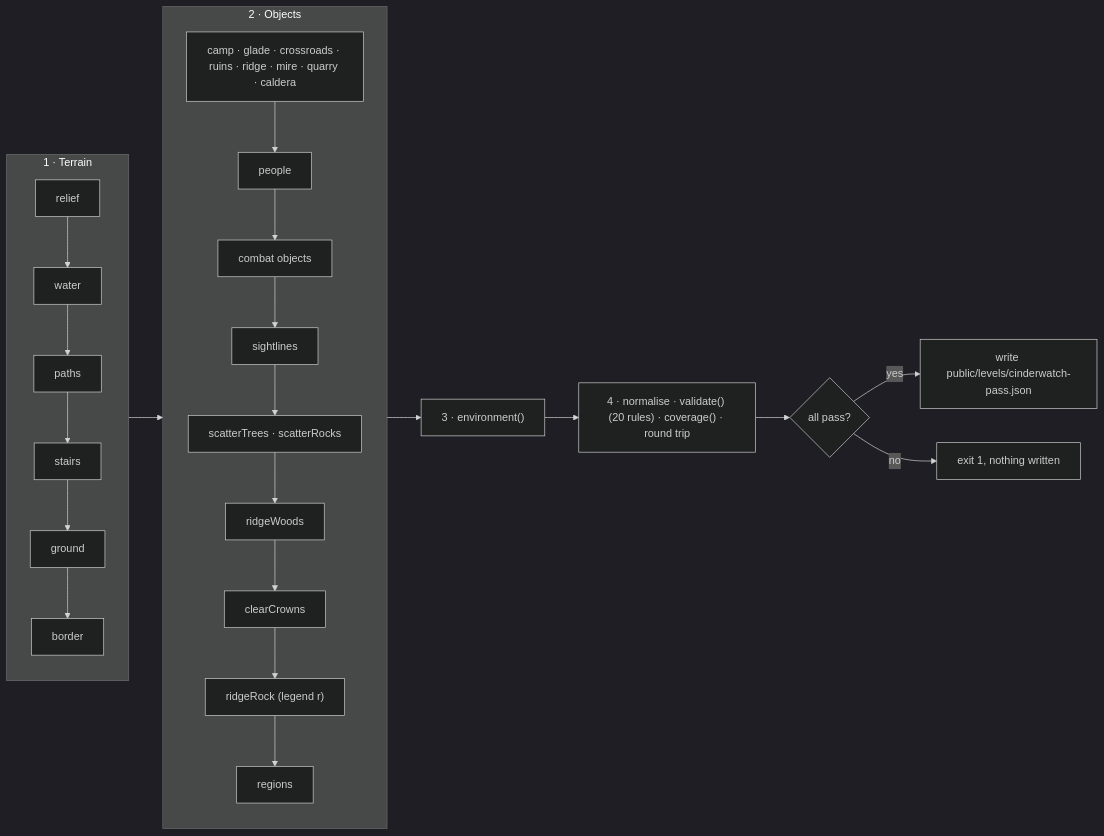
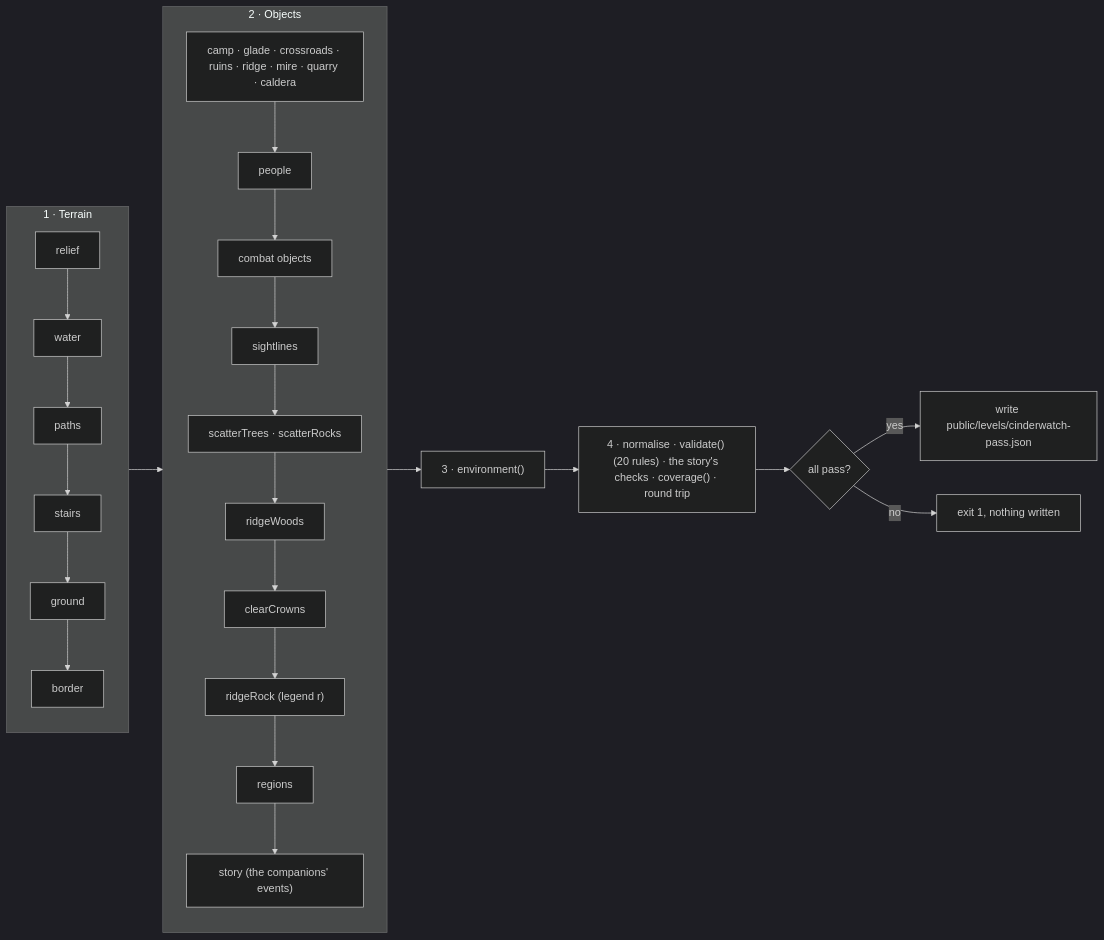
The second of 2 diagrams in docs/design/levels/cinderwatch-pass.md (Leemonztuff/SoulDolls-Lumina), drawn with Mermaid (dark theme) before and after one commit. The commit also changed other lines of this file and 586 other files, not shown here.

````diff
--- a/docs/design/levels/cinderwatch-pass.md
+++ b/docs/design/levels/cinderwatch-pass.md
@@ -203,12 +358,12 @@
 ```mermaid
 flowchart LR
   subgraph T["1 · Terrain"]
     R[relief] --> WA[water] --> PA[paths] --> ST[stairs] --> GR[ground] --> BO[border]
   end
   subgraph O["2 · Objects"]
-    Z["camp · glade · crossroads · ruins · ridge · mire · quarry · caldera"] --> PE[people] --> CO["combat objects"] --> SL[sightlines] --> SC["scatterTrees · scatterRocks"] --> RW[ridgeWoods] --> CC[clearCrowns] --> RR["ridgeRock (legend r)"] --> RG[regions]
+    Z["camp · glade · crossroads · ruins · ridge · mire · quarry · caldera"] --> PE[people] --> CO["combat objects"] --> SL[sightlines] --> SC["scatterTrees · scatterRocks"] --> RW[ridgeWoods] --> CC[clearCrowns] --> RR["ridgeRock (legend r)"] --> RG[regions] --> SY["story (the companions' events)"]
   end
-  T --> O --> ENV["3 · environment()"] --> VAL["4 · normalise · validate() (20 rules) · coverage() · round trip"] --> OUT{"all pass?"}
+  T --> O --> ENV["3 · environment()"] --> VAL["4 · normalise · validate() (20 rules) · the story's checks · coverage() · round trip"] --> OUT{"all pass?"}
   OUT -- yes --> W[write public/levels/cinderwatch-pass.json]
   OUT -- no --> X["exit 1, nothing written"]
 ```
````
